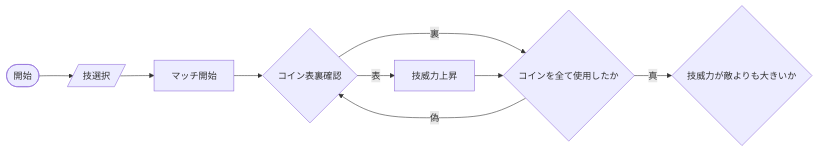
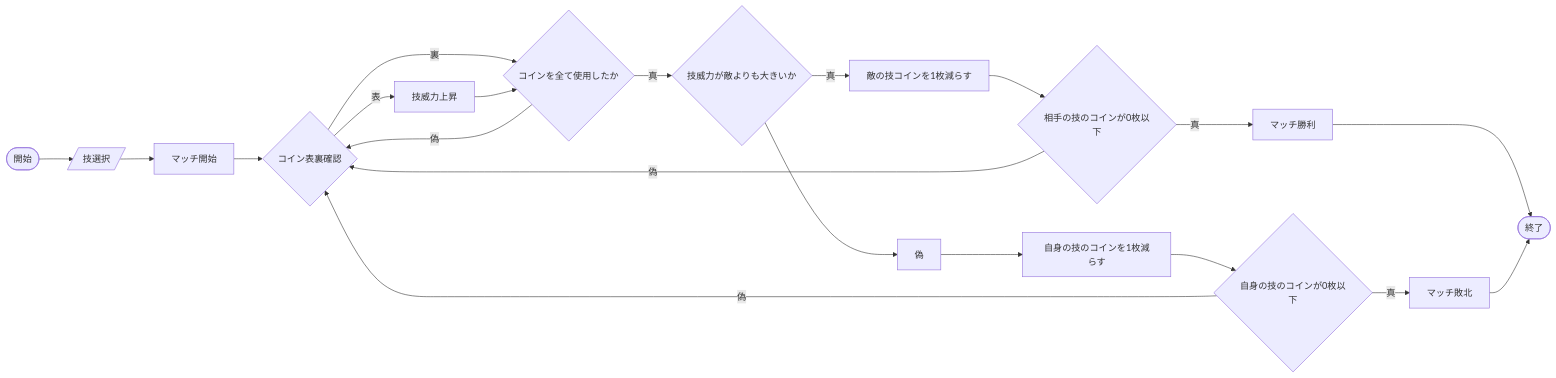
One commit to tpu-game-2023/mermaid_test changed the first of 3 diagrams in README.md. Above: the diagram before and after it, drawn with Mermaid.

Commit message:
見取り図バグ修正完了

````diff
--- a/README.md
+++ b/README.md
@@ -20,11 +20,21 @@
 ```mermaid
 flowchart LR;
    A([開始]) --> B[/技選択/];
    B --> C[マッチ開始];
    C --> D{コイン表裏確認};
    D --表-->E[技威力上昇];
    D --裏--> F{コインを全て使用したか};
    E-->F;
    F--真-->G{技威力が敵よりも大きいか};
    F--偽-->D;
+   G--真-->H[敵の技コインを1枚減らす];
+   G-->偽-->I[自身の技のコインを1枚減らす];
+   H-->J{相手の技のコインが0枚以下};
+   I-->K{自身の技のコインが0枚以下};
+   J--真-->L[マッチ勝利];
+   J--偽-->D;
+   K--真-->M[マッチ敗北];
+   K--偽-->D;
+   L-->N([終了]);
+   M-->N;
 ```
````
